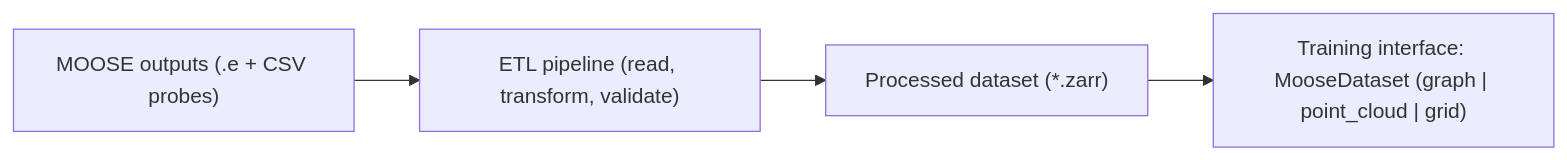
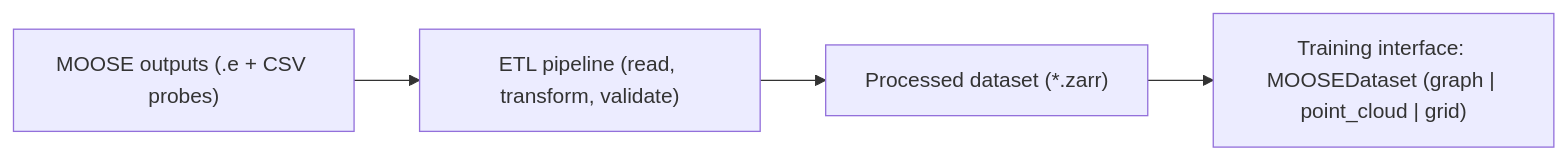
One commit to MengnanLi91/TH_HOLO_workflow changed the diagram in README.md. Above: the diagram before and after it, drawn with Mermaid. The commit also changed 29 other files, not shown here.

````diff
--- a/README.md
+++ b/README.md
@@ -12,8 +12,8 @@
 ```mermaid
 flowchart LR
     A["MOOSE outputs (.e + CSV probes)"]
     B["ETL pipeline (read, transform, validate)"]
     C["Processed dataset (*.zarr)"]
-    D["Training interface: MooseDataset (graph | point_cloud | grid)"]
+    D["Training interface: MOOSEDataset (graph | point_cloud | grid)"]
     A --> B --> C --> D
 ```
````
